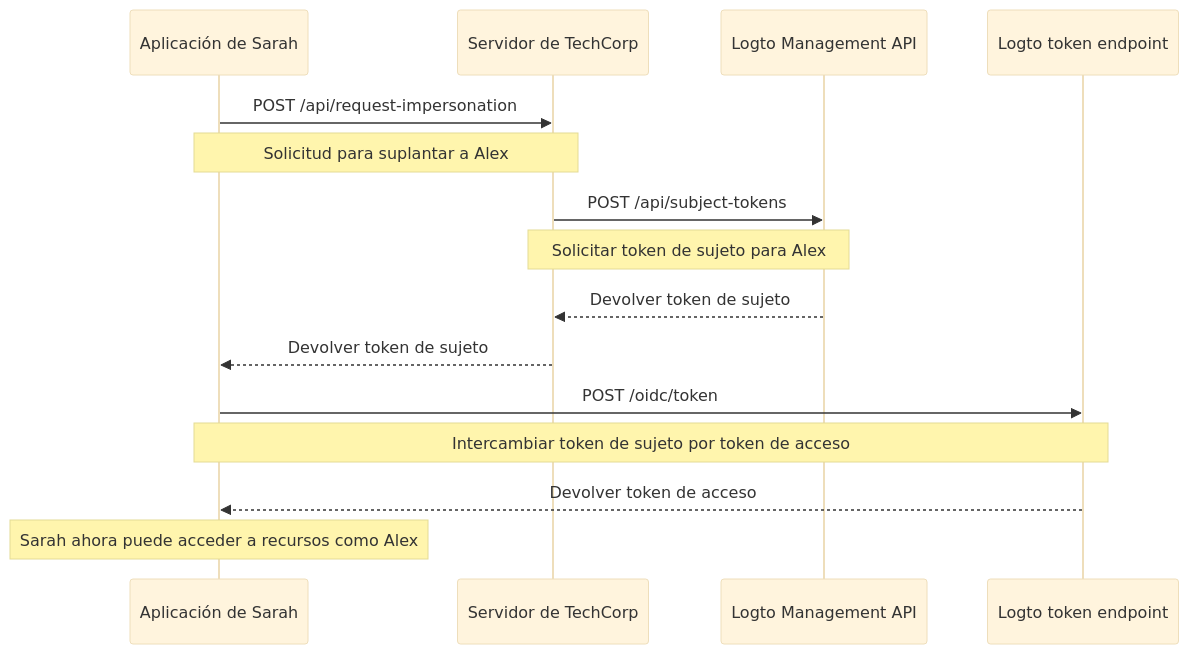
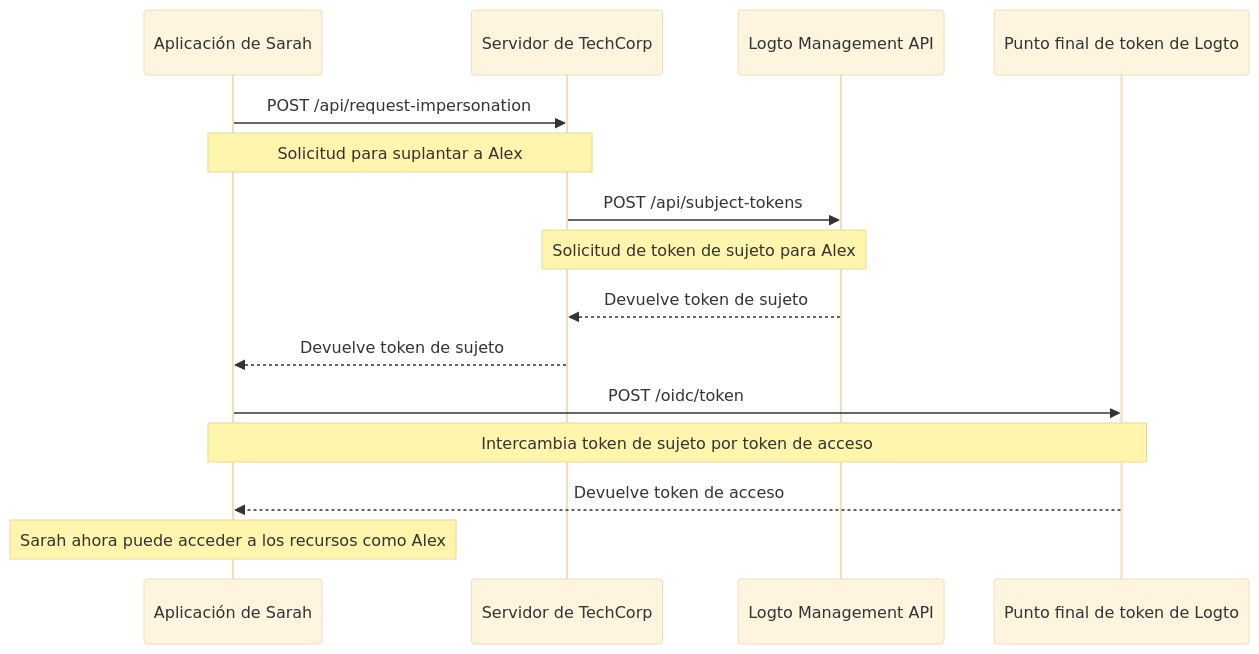
One commit to logto-io/docs changed the diagram in i18n/es/docusaurus-plugin-content-docs/current/developers/user-impersonation.mdx. Above: the diagram before and after it, drawn with Mermaid (base theme). The commit also changed other lines of this file and 233 other files, not shown here.

````diff
--- a/i18n/es/docusaurus-plugin-content-docs/current/developers/user-impersonation.mdx
+++ b/i18n/es/docusaurus-plugin-content-docs/current/developers/user-impersonation.mdx
@@ -16,22 +16,22 @@
 ```mermaid
 sequenceDiagram
     participant Sarah as Aplicación de Sarah
     participant TechCorp as Servidor de TechCorp
     participant Logto as Logto Management API
-    participant LogtoToken as Logto token endpoint
+    participant LogtoToken as Punto final de token de Logto
 
     Sarah->>TechCorp: POST /api/request-impersonation
     Note over Sarah,TechCorp: Solicitud para suplantar a Alex
 
     TechCorp->>Logto: POST /api/subject-tokens
-    Note over TechCorp,Logto: Solicitar token de sujeto para Alex
+    Note over TechCorp,Logto: Solicitud de token de sujeto para Alex
 
-    Logto-->>TechCorp: Devolver token de sujeto
-    TechCorp-->>Sarah: Devolver token de sujeto
+    Logto-->>TechCorp: Devuelve token de sujeto
+    TechCorp-->>Sarah: Devuelve token de sujeto
 
     Sarah->>LogtoToken: POST /oidc/token
-    Note over Sarah,LogtoToken: Intercambiar token de sujeto por token de acceso
+    Note over Sarah,LogtoToken: Intercambia token de sujeto por token de acceso
 
-    LogtoToken-->>Sarah: Devolver token de acceso
-    Note over Sarah: Sarah ahora puede acceder a recursos como Alex
+    LogtoToken-->>Sarah: Devuelve token de acceso
+    Note over Sarah: Sarah ahora puede acceder a los recursos como Alex
 ```
````
